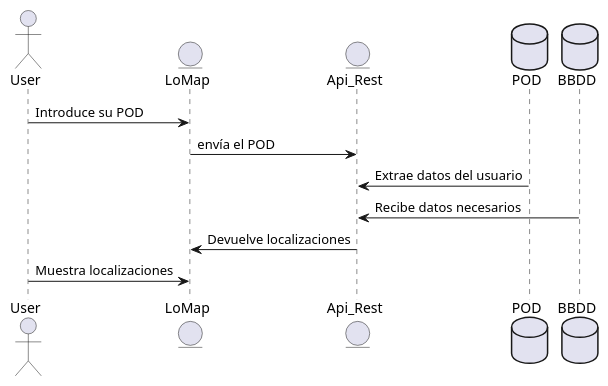
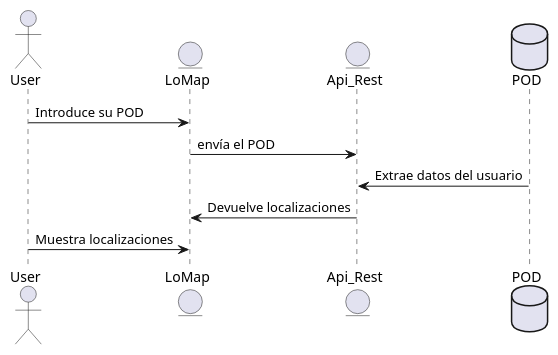
One commit to Arquisoft/lomap_es6a changed the second of 5 diagrams in docs/06_runtime_view.adoc. Above: the diagram before and after it, drawn with PlantUML. The commit also changed other lines of this file and 5 other files, not shown here.

```diff
--- a/docs/06_runtime_view.adoc
+++ b/docs/06_runtime_view.adoc
@@ -51,15 +49,13 @@
 [plantuml,"Sequence diagram1",png]
 ----
 actor User
 entity LoMap
 entity Api_Rest
 database POD
-database BBDD
 
 User -> LoMap: Introduce su POD 
 LoMap -> Api_Rest: envía el POD
 Api_Rest <- POD: Extrae datos del usuario
-Api_Rest <- BBDD: Recibe datos necesarios
 LoMap <- Api_Rest: Devuelve localizaciones
 User -> LoMap: Muestra localizaciones
 ----
```
